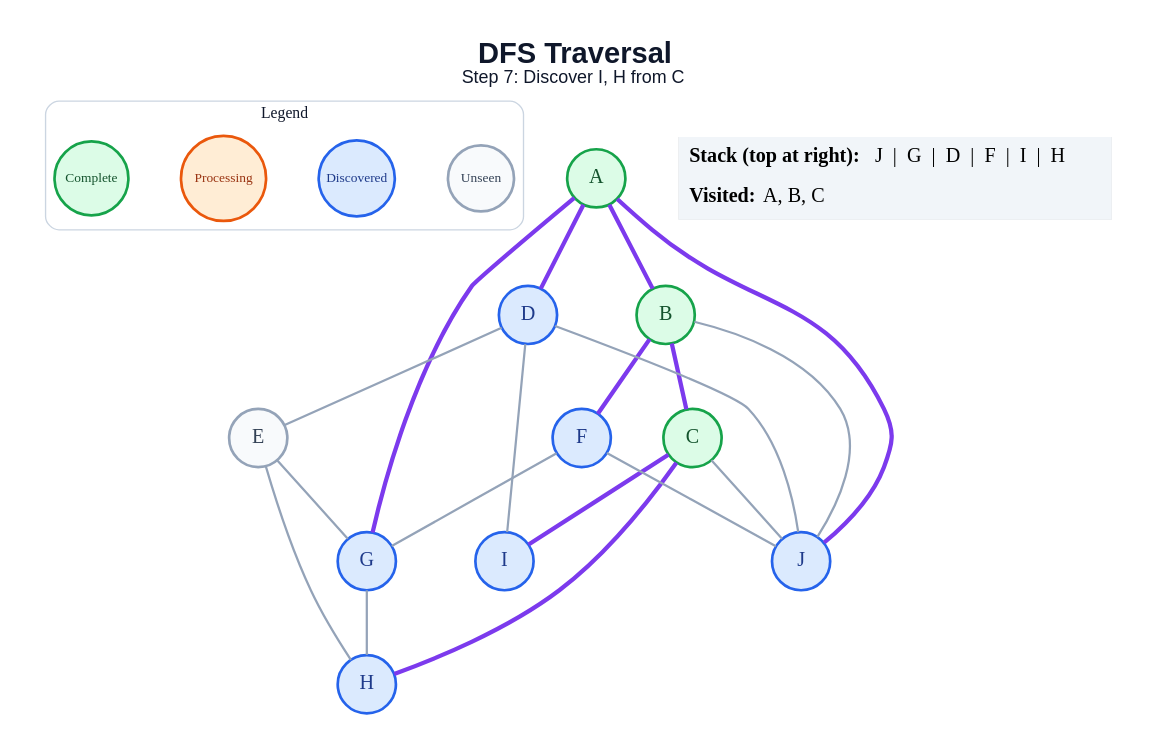
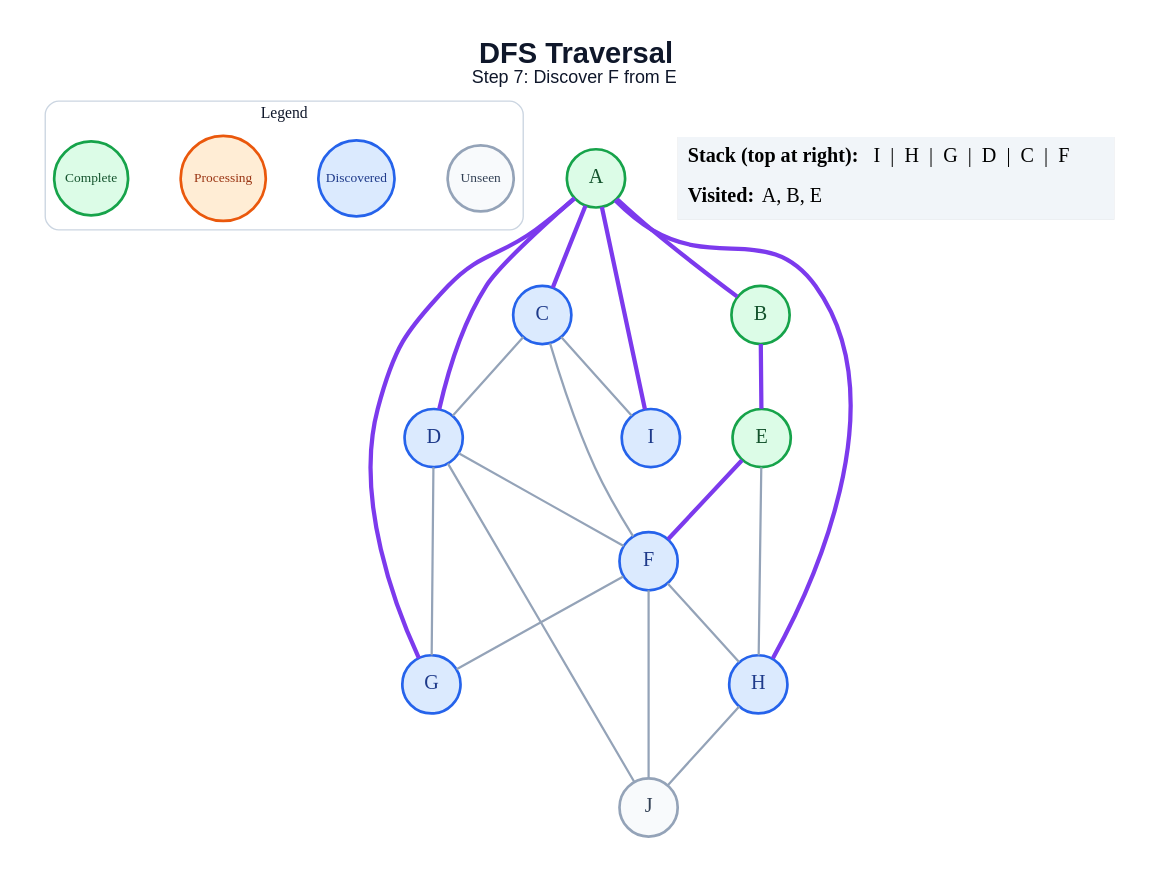
Before and after one commit to anon7238593-create/ai-slop: the diagram in generated/dfs/step_07.dot, drawn with Graphviz. The commit also changed 171 other files, not shown here.

```diff
--- a/generated/dfs/step_07.dot
+++ b/generated/dfs/step_07.dot
@@ -1,47 +1,48 @@
 graph traversal {
   graph [layout=dot, rankdir=TB, bgcolor="#FFFFFF", pad="0.35", nodesep="0.65", ranksep="0.8", fontname="Arial"];
   node [shape=circle, style="filled", fontname="Arial Bold", fontsize=18, width=0.72, fixedsize=true, penwidth=2.4];
   edge [color="#94A3B8", penwidth=2.0];
-  label=<<B>DFS Traversal</B><BR/><FONT POINT-SIZE="16">Step 7: Discover I, H from C</FONT>>; labelloc="t"; fontsize=26; fontname="Arial"; fontcolor="#0F172A";
+  label=<<B>DFS Traversal</B><BR/><FONT POINT-SIZE="16">Step 7: Discover F from E</FONT>>; labelloc="t"; fontsize=26; fontname="Arial"; fontcolor="#0F172A";
   subgraph cluster_legend { label="Legend"; color="#CBD5E1"; penwidth=1.2; style="rounded"; fontsize=14; fontname="Arial Bold";
     key_unseen [label="Unseen", fillcolor="#F8FAFC", color="#94A3B8", fontcolor="#334155", fontsize=12, width=0.82];
     key_frontier [label="Discovered", fillcolor="#DBEAFE", color="#2563EB", fontcolor="#1E3A8A", fontsize=12, width=0.95];
     key_current [label="Processing", fillcolor="#FFEDD5", color="#EA580C", fontcolor="#9A3412", fontsize=12, width=1.05];
     key_done [label="Complete", fillcolor="#DCFCE7", color="#16A34A", fontcolor="#14532D", fontsize=12, width=0.92];
     { rank=same; key_unseen; key_frontier; key_current; key_done; }
   }
   A [fillcolor="#DCFCE7", color="#16A34A", fontcolor="#14532D"];
   B [fillcolor="#DCFCE7", color="#16A34A", fontcolor="#14532D"];
-  C [fillcolor="#DCFCE7", color="#16A34A", fontcolor="#14532D"];
+  C [fillcolor="#DBEAFE", color="#2563EB", fontcolor="#1E3A8A"];
   D [fillcolor="#DBEAFE", color="#2563EB", fontcolor="#1E3A8A"];
-  E [fillcolor="#F8FAFC", color="#94A3B8", fontcolor="#334155"];
+  E [fillcolor="#DCFCE7", color="#16A34A", fontcolor="#14532D"];
   F [fillcolor="#DBEAFE", color="#2563EB", fontcolor="#1E3A8A"];
   G [fillcolor="#DBEAFE", color="#2563EB", fontcolor="#1E3A8A"];
   H [fillcolor="#DBEAFE", color="#2563EB", fontcolor="#1E3A8A"];
   I [fillcolor="#DBEAFE", color="#2563EB", fontcolor="#1E3A8A"];
-  J [fillcolor="#DBEAFE", color="#2563EB", fontcolor="#1E3A8A"];
+  J [fillcolor="#F8FAFC", color="#94A3B8", fontcolor="#334155"];
   A -- B [color="#7C3AED", penwidth=3.8];
+  A -- C [color="#7C3AED", penwidth=3.8];
   A -- D [color="#7C3AED", penwidth=3.8];
   A -- G [color="#7C3AED", penwidth=3.8];
-  A -- J [color="#7C3AED", penwidth=3.8];
-  B -- C [color="#7C3AED", penwidth=3.8];
-  B -- F [color="#7C3AED", penwidth=3.8];
-  B -- J;
-  C -- H [color="#7C3AED", penwidth=3.8];
-  C -- I [color="#7C3AED", penwidth=3.8];
-  C -- J;
-  D -- E;
-  D -- I;
+  A -- H [color="#7C3AED", penwidth=3.8];
+  A -- I [color="#7C3AED", penwidth=3.8];
+  B -- E [color="#7C3AED", penwidth=3.8];
+  C -- D;
+  C -- F;
+  C -- I;
+  D -- F;
+  D -- G;
   D -- J;
-  E -- G;
+  E -- F [color="#7C3AED", penwidth=3.8];
   E -- H;
   F -- G;
+  F -- H;
   F -- J;
-  G -- H;
+  H -- J;
   status [shape=plain, fixedsize=false, width=0, height=0, margin=0, label=<
     <TABLE BORDER="0" CELLBORDER="0" CELLPADDING="7" BGCOLOR="#F1F5F9">
-      <TR><TD ALIGN="LEFT"><B>Stack (top at right):</B> J  |  G  |  D  |  F  |  I  |  H</TD></TR>
-      <TR><TD ALIGN="LEFT"><B>Visited:</B> A, B, C</TD></TR>
+      <TR><TD ALIGN="LEFT"><B>Stack (top at right):</B> I  |  H  |  G  |  D  |  C  |  F</TD></TR>
+      <TR><TD ALIGN="LEFT"><B>Visited:</B> A, B, E</TD></TR>
     </TABLE>
   >];
 }
```
